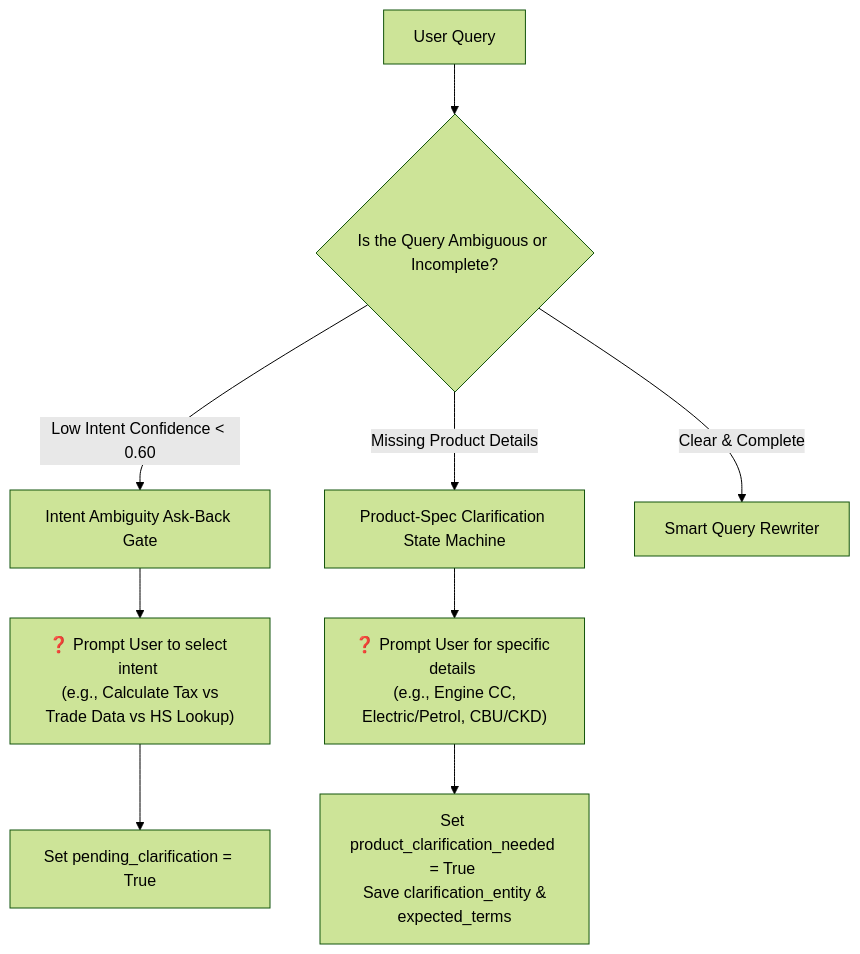
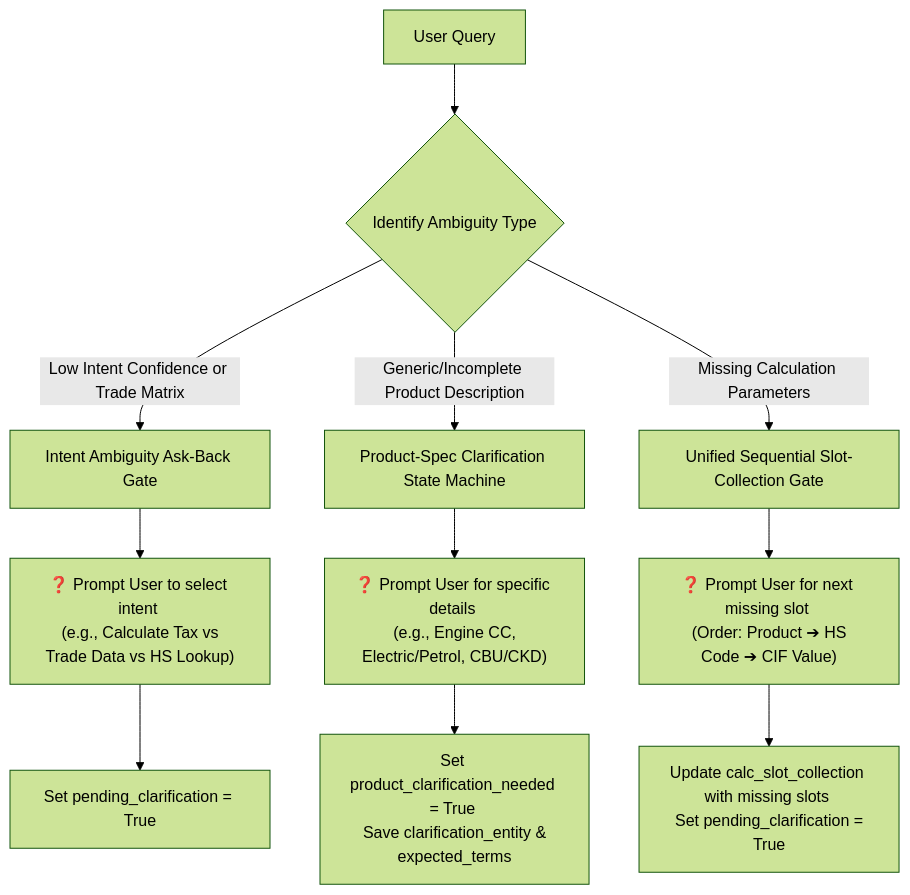
Before and after one commit to Vuth-Menghuor/chatbot_review: the third of 3 diagrams in services_version2/orchestrator/docs/session_context_and_conversation_management.md, drawn with Mermaid (forest theme). The commit also changed other lines of this file and 55 other files, not shown here.

Commit message:
feat: update chatbot frontend and orchestration flow

````diff
--- a/services_version2/orchestrator/docs/session_context_and_conversation_management.md
+++ b/services_version2/orchestrator/docs/session_context_and_conversation_management.md
@@ -103,14 +107,16 @@
 ```mermaid
 graph TD
-    Query[User Query] --> AmbiguityCheck{Is the Query Ambiguous or Incomplete?}
+    Query[User Query] --> AmbiguityCheck{Identify Ambiguity Type}
     
-    AmbiguityCheck -- Low Intent Confidence < 0.60 --> IntentAskBack[Intent Ambiguity Ask-Back Gate]
+    AmbiguityCheck -- Low Intent Confidence or Trade Matrix --> IntentAskBack[Intent Ambiguity Ask-Back Gate]
     IntentAskBack --> AskUserIntent["❓ Prompt User to select intent <br/> (e.g., Calculate Tax vs Trade Data vs HS Lookup)"]
     AskUserIntent --> SaveState1[Set pending_clarification = True]
     
-    AmbiguityCheck -- Missing Product Details --> SpecClarify[Product-Spec Clarification State Machine]
+    AmbiguityCheck -- Generic/Incomplete Product Description --> SpecClarify[Product-Spec Clarification State Machine]
     SpecClarify --> AskUserSpec["❓ Prompt User for specific details <br/> (e.g., Engine CC, Electric/Petrol, CBU/CKD)"]
     AskUserSpec --> SaveState2["Set product_clarification_needed = True <br/> Save clarification_entity & expected_terms"]
     
-    AmbiguityCheck -- Clear & Complete --> Rewrite[Smart Query Rewriter]
+    AmbiguityCheck -- Missing Calculation Parameters --> CalcSlotGate[Unified Sequential Slot-Collection Gate]
+    CalcSlotGate --> AskUserSlot["❓ Prompt User for next missing slot <br/> (Order: Product ➔ HS Code ➔ CIF Value)"]
+    AskUserSlot --> SaveState3["Update calc_slot_collection with missing slots <br/> Set pending_clarification = True"]
 ```
````
